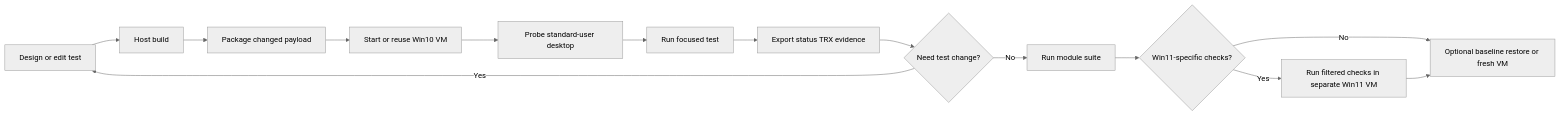
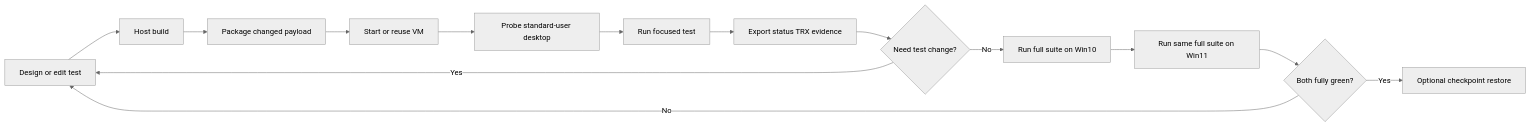
One commit to microsoft/PowerToys changed the diagram in .github/skills/ui-tests-local-vm/SKILL.md. Above: the diagram before and after it, drawn with Mermaid (neutral theme). The commit also changed other lines of this file and 26 other files, not shown here.

````diff
--- a/.github/skills/ui-tests-local-vm/SKILL.md
+++ b/.github/skills/ui-tests-local-vm/SKILL.md
@@ -95,16 +107,16 @@
 ```mermaid
 flowchart LR
     A[Design or edit test] --> B[Host build]
     B --> C[Package changed payload]
-    C --> D[Start or reuse Win10 VM]
+    C --> D[Start or reuse VM]
     D --> E[Probe standard-user desktop]
     E --> F[Run focused test]
     F --> G[Export status TRX evidence]
     G --> H{Need test change?}
     H -- Yes --> A
-    H -- No --> I[Run module suite]
-    I --> J{Win11-specific checks?}
-    J -- Yes --> K[Run filtered checks in separate Win11 VM]
-    J -- No --> L[Optional baseline restore or fresh VM]
-    K --> L
+    H -- No --> I[Run full suite on Win10]
+    I --> J[Run same full suite on Win11]
+    J --> K{Both fully green?}
+    K -- No --> A
+    K -- Yes --> L[Optional checkpoint restore]
 ```
````
